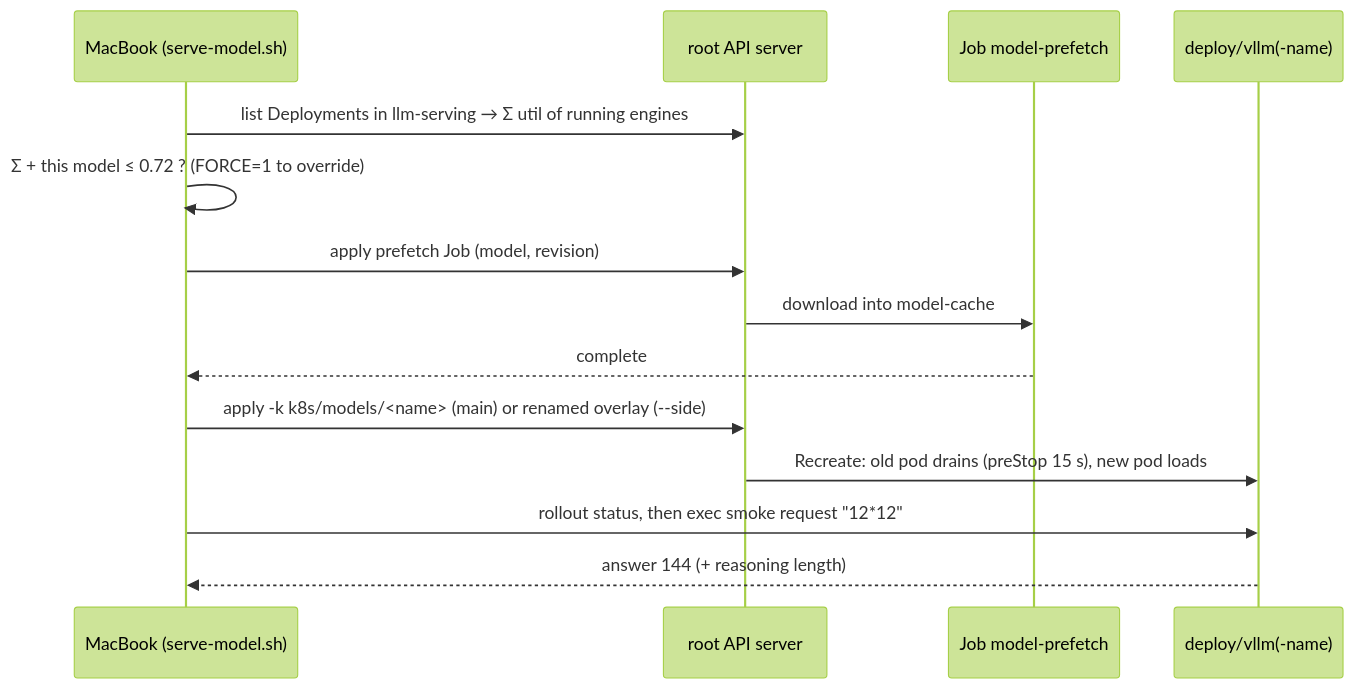
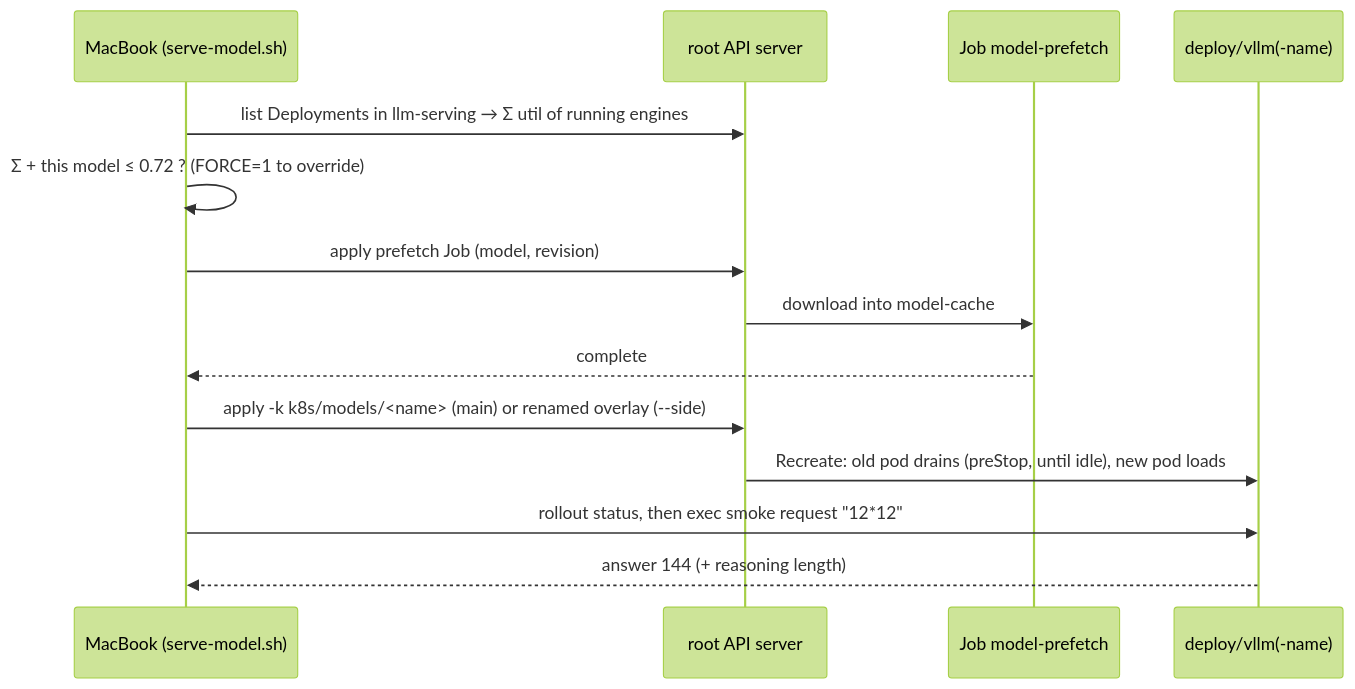
One commit to cloudone365/technical-depth changed the second of 2 diagrams in 04-Qwen/04-serving-qwen-with-vllm-and-sglang.md. Above: the diagram before and after it, drawn with Mermaid (forest theme). The commit also changed other lines of this file and 9 other files, not shown here.

First line of the commit message:
vLLM: preStop drains until no request runs (sleep 15 cut streams)

````diff
--- a/04-Qwen/04-serving-qwen-with-vllm-and-sglang.md
+++ b/04-Qwen/04-serving-qwen-with-vllm-and-sglang.md
@@ -99,16 +99,16 @@
 ```mermaid
 sequenceDiagram
   participant M as MacBook (serve-model.sh)
   participant A as root API server
   participant J as Job model-prefetch
   participant V as deploy/vllm(-name)
   M->>A: list Deployments in llm-serving → Σ util of running engines
   M->>M: Σ + this model ≤ 0.72 ? (FORCE=1 to override)
   M->>A: apply prefetch Job (model, revision)
   A->>J: download into model-cache
   J-->>M: complete
   M->>A: apply -k k8s/models/<name> (main) or renamed overlay (--side)
-  A->>V: Recreate: old pod drains (preStop 15 s), new pod loads
+  A->>V: Recreate: old pod drains (preStop, until idle), new pod loads
   M->>V: rollout status, then exec smoke request "12*12"
   V-->>M: answer 144 (+ reasoning length)
 ```
````
